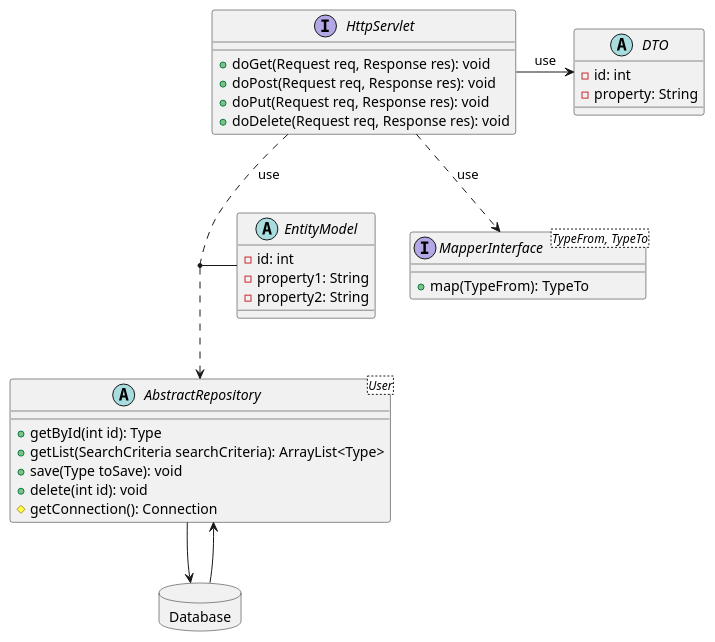
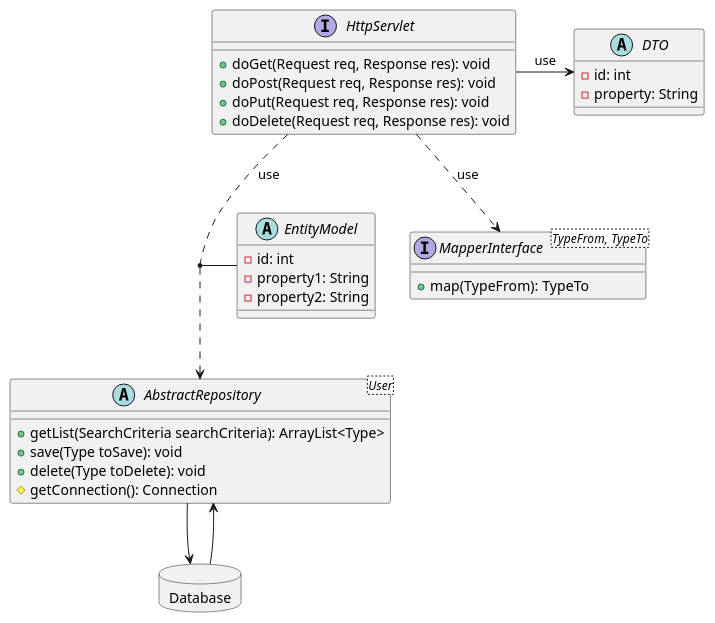
One commit to ulftietze/hoot changed the diagram in docs/diagrams/AbstractArchitecture.puml. Above: the diagram before and after it, drawn with PlantUML. The commit also changed 7 other files, not shown here.

```diff
--- a/docs/diagrams/AbstractArchitecture.puml
+++ b/docs/diagrams/AbstractArchitecture.puml
@@ -1,51 +1,50 @@
 @startuml
 'https://plantuml.com/class-diagram
 
 
 
 abstract class AbstractRepository<User> {
-     +getById(int id): Type
      +getList(SearchCriteria searchCriteria): ArrayList<Type>
      +save(Type toSave): void
-     +delete(int id): void
+     +delete(Type toDelete): void
      #getConnection(): Connection
 }
 
 Interface HttpServlet {
     +doGet(Request req, Response res): void
     +doPost(Request req, Response res): void
     +doPut(Request req, Response res): void
     +doDelete(Request req, Response res): void
 }
 
 interface MapperInterface<TypeFrom, TypeTo> {
     +map(TypeFrom): TypeTo
 }
 
 
 abstract class DTO {
     -id: int
     -property: String
 }
 
 abstract class EntityModel {
     -id: int
     -property1: String
     -property2: String
 }
 
 package Database <<Database>> {
 
 }
 
 HttpServlet ..> AbstractRepository: use
 HttpServlet ..> MapperInterface: use
 HttpServlet -> DTO: use
 
 (AbstractRepository, HttpServlet) -- EntityModel
 
 AbstractRepository --> Database
 Database --> AbstractRepository
 
 
 @enduml
```
